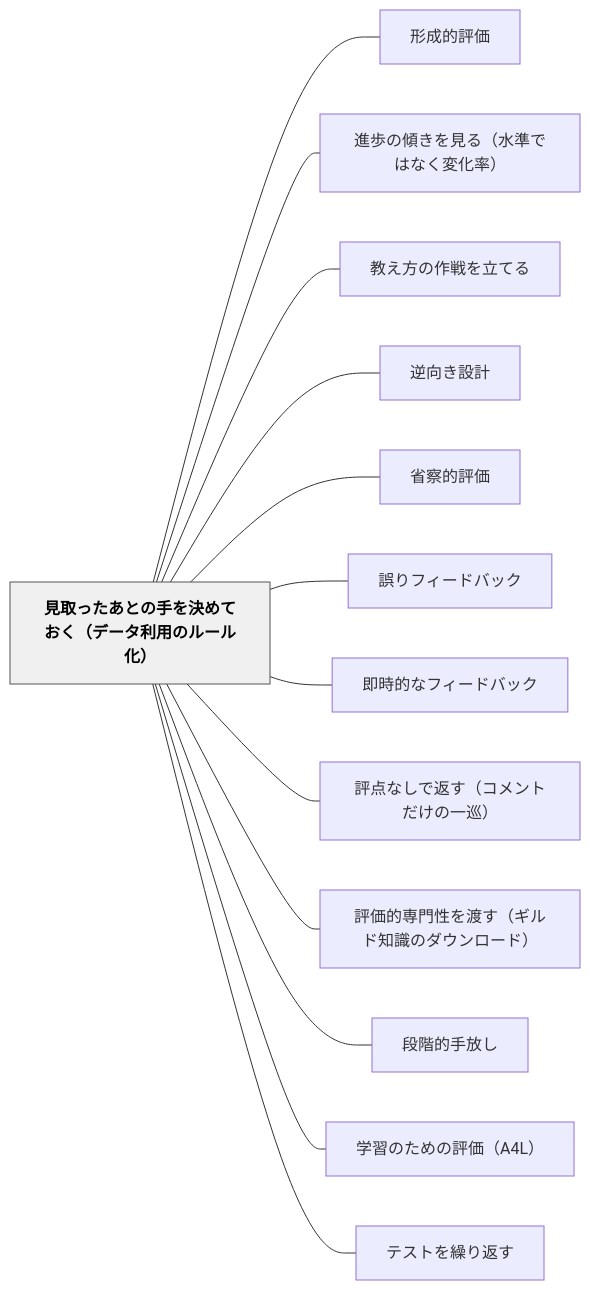
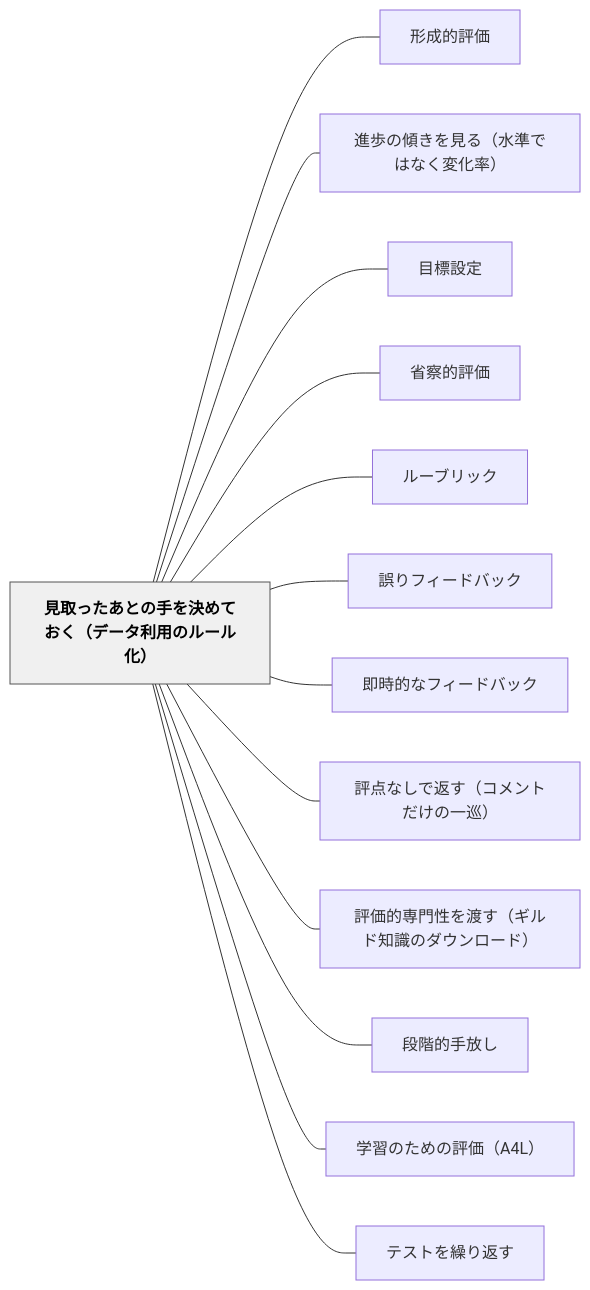
The diagram in content/パタン/見取ったあとの手を決めておく（データ利用のルール化）.md (unknownthings-ed-patterns/unknownthings-ed-patterns), drawn with Mermaid before and after one commit. The commit also changed other lines of this file, not shown here.

Commit message:
auto: Obsidianから同期 2026-08-03 07:37

````diff
--- a/content/パタン/見取ったあとの手を決めておく（データ利用のルール化）.md
+++ b/content/パタン/見取ったあとの手を決めておく（データ利用のルール化）.md
@@ -173,32 +173,32 @@
 ```mermaid
 flowchart LR
     ne8a68be58f96e381a3e3819fe38182e381a8e381aee6898be38292e6b1bae38281e381a6e3818ae3818fefbc88e38387e383bce382bfe588a9e794a8e381aee383abe383bce383abe58c96efbc89["見取ったあとの手を決めておく（データ利用のルール化）"]
     ne5bda2e68890e79a84e8a995e4bea1["形成的評価"]
     ne980b2e6ada9e381aee582bee3818de38292e8a68be3828befbc88e6b0b4e6ba96e381a7e381afe381aae3818fe5a489e58c96e78e87efbc89["進歩の傾きを見る（水準ではなく変化率）"]
-    ne69599e38188e696b9e381aee4bd9ce688a6e38292e7ab8be381a6e3828b["教え方の作戦を立てる"]
-    ne98086e59091e3818de8a8ade8a888["逆向き設計"]
+    ne79baee6a899e8a8ade5ae9a["目標設定"]
     ne79c81e5af9fe79a84e8a995e4bea1["省察的評価"]
+    ne383abe383bce38396e383aae38383e382af["ルーブリック"]
     ne8aaa4e3828ae38395e382a3e383bce38389e38390e38383e382af["誤りフィードバック"]
     ne58db3e69982e79a84e381aae38395e382a3e383bce38389e38390e38383e382af["即時的なフィードバック"]
     ne8a995e782b9e381aae38197e381a7e8bf94e38199efbc88e382b3e383a1e383b3e38388e381a0e38191e381aee4b880e5b7a1efbc89["評点なしで返す（コメントだけの一巡）"]
     ne8a995e4bea1e79a84e5b082e99680e680a7e38292e6b8a1e38199efbc88e382aee383abe38389e79fa5e8ad98e381aee38380e382a6e383b3e383ade383bce38389efbc89["評価的専門性を渡す（ギルド知識のダウンロード）"]
     ne6aeb5e99a8ee79a84e6898be694bee38197["段階的手放し"]
     ne5ada6e7bf92e381aee3819fe38281e381aee8a995e4bea1efbc8841344cefbc89["学習のための評価（A4L）"]
     ne38386e382b9e38388e38292e7b9b0e3828ae8bf94e38199["テストを繰り返す"]
 
     ne8a68be58f96e381a3e3819fe38182e381a8e381aee6898be38292e6b1bae38281e381a6e3818ae3818fefbc88e38387e383bce382bfe588a9e794a8e381aee383abe383bce383abe58c96efbc89 --- ne5bda2e68890e79a84e8a995e4bea1
     ne8a68be58f96e381a3e3819fe38182e381a8e381aee6898be38292e6b1bae38281e381a6e3818ae3818fefbc88e38387e383bce382bfe588a9e794a8e381aee383abe383bce383abe58c96efbc89 --- ne980b2e6ada9e381aee582bee3818de38292e8a68be3828befbc88e6b0b4e6ba96e381a7e381afe381aae3818fe5a489e58c96e78e87efbc89
-    ne8a68be58f96e381a3e3819fe38182e381a8e381aee6898be38292e6b1bae38281e381a6e3818ae3818fefbc88e38387e383bce382bfe588a9e794a8e381aee383abe383bce383abe58c96efbc89 --- ne69599e38188e696b9e381aee4bd9ce688a6e38292e7ab8be381a6e3828b
-    ne8a68be58f96e381a3e3819fe38182e381a8e381aee6898be38292e6b1bae38281e381a6e3818ae3818fefbc88e38387e383bce382bfe588a9e794a8e381aee383abe383bce383abe58c96efbc89 --- ne98086e59091e3818de8a8ade8a888
+    ne8a68be58f96e381a3e3819fe38182e381a8e381aee6898be38292e6b1bae38281e381a6e3818ae3818fefbc88e38387e383bce382bfe588a9e794a8e381aee383abe383bce383abe58c96efbc89 --- ne79baee6a899e8a8ade5ae9a
     ne8a68be58f96e381a3e3819fe38182e381a8e381aee6898be38292e6b1bae38281e381a6e3818ae3818fefbc88e38387e383bce382bfe588a9e794a8e381aee383abe383bce383abe58c96efbc89 --- ne79c81e5af9fe79a84e8a995e4bea1
+    ne8a68be58f96e381a3e3819fe38182e381a8e381aee6898be38292e6b1bae38281e381a6e3818ae3818fefbc88e38387e383bce382bfe588a9e794a8e381aee383abe383bce383abe58c96efbc89 --- ne383abe383bce38396e383aae38383e382af
     ne8a68be58f96e381a3e3819fe38182e381a8e381aee6898be38292e6b1bae38281e381a6e3818ae3818fefbc88e38387e383bce382bfe588a9e794a8e381aee383abe383bce383abe58c96efbc89 --- ne8aaa4e3828ae38395e382a3e383bce38389e38390e38383e382af
     ne8a68be58f96e381a3e3819fe38182e381a8e381aee6898be38292e6b1bae38281e381a6e3818ae3818fefbc88e38387e383bce382bfe588a9e794a8e381aee383abe383bce383abe58c96efbc89 --- ne58db3e69982e79a84e381aae38395e382a3e383bce38389e38390e38383e382af
     ne8a68be58f96e381a3e3819fe38182e381a8e381aee6898be38292e6b1bae38281e381a6e3818ae3818fefbc88e38387e383bce382bfe588a9e794a8e381aee383abe383bce383abe58c96efbc89 --- ne8a995e782b9e381aae38197e381a7e8bf94e38199efbc88e382b3e383a1e383b3e38388e381a0e38191e381aee4b880e5b7a1efbc89
     ne8a68be58f96e381a3e3819fe38182e381a8e381aee6898be38292e6b1bae38281e381a6e3818ae3818fefbc88e38387e383bce382bfe588a9e794a8e381aee383abe383bce383abe58c96efbc89 --- ne8a995e4bea1e79a84e5b082e99680e680a7e38292e6b8a1e38199efbc88e382aee383abe38389e79fa5e8ad98e381aee38380e382a6e383b3e383ade383bce38389efbc89
     ne8a68be58f96e381a3e3819fe38182e381a8e381aee6898be38292e6b1bae38281e381a6e3818ae3818fefbc88e38387e383bce382bfe588a9e794a8e381aee383abe383bce383abe58c96efbc89 --- ne6aeb5e99a8ee79a84e6898be694bee38197
     ne8a68be58f96e381a3e3819fe38182e381a8e381aee6898be38292e6b1bae38281e381a6e3818ae3818fefbc88e38387e383bce382bfe588a9e794a8e381aee383abe383bce383abe58c96efbc89 --- ne5ada6e7bf92e381aee3819fe38281e381aee8a995e4bea1efbc8841344cefbc89
     ne8a68be58f96e381a3e3819fe38182e381a8e381aee6898be38292e6b1bae38281e381a6e3818ae3818fefbc88e38387e383bce382bfe588a9e794a8e381aee383abe383bce383abe58c96efbc89 --- ne38386e382b9e38388e38292e7b9b0e3828ae8bf94e38199
 
     classDef hub fill:#f0f0f0,stroke:#555,color:#000,font-weight:bold
     class ne8a68be58f96e381a3e3819fe38182e381a8e381aee6898be38292e6b1bae38281e381a6e3818ae3818fefbc88e38387e383bce382bfe588a9e794a8e381aee383abe383bce383abe58c96efbc89 hub
 ```
````
